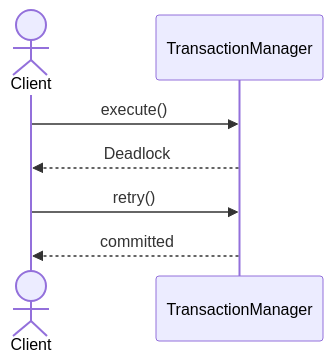
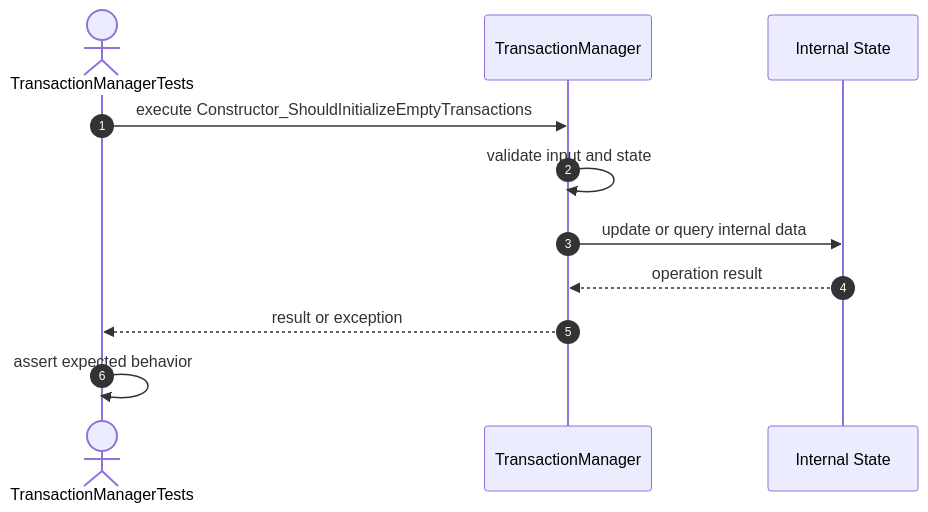
Before and after one commit to FhuAnn/-bbv-AN-s-DBMS: the third of 19 diagrams in src/tests/unit/transaction/sequences/transactionmanager-testing.se.md, drawn with Mermaid. The commit also changed other lines of this file and 36 other files, not shown here.

````diff
--- a/src/tests/unit/transaction/sequences/transactionmanager-testing.se.md
+++ b/src/tests/unit/transaction/sequences/transactionmanager-testing.se.md
@@ -135,13 +37,14 @@
 ```mermaid
 sequenceDiagram
-actor Client
-participant TransactionManager
+    autonumber
+    actor Test as TransactionManagerTests
+    participant Target as TransactionManager
+    participant State as Internal State
 
-Client->>TransactionManager: execute()
-
-TransactionManager-->>Client: Deadlock
-
-Client->>TransactionManager: retry()
-
-TransactionManager-->>Client: committed
+    Test->>Target: execute Constructor_ShouldInitializeEmptyTransactions
+    Target->>Target: validate input and state
+    Target->>State: update or query internal data
+    State-->>Target: operation result
+    Target-->>Test: result or exception
+    Test->>Test: assert expected behavior
 ```
````
